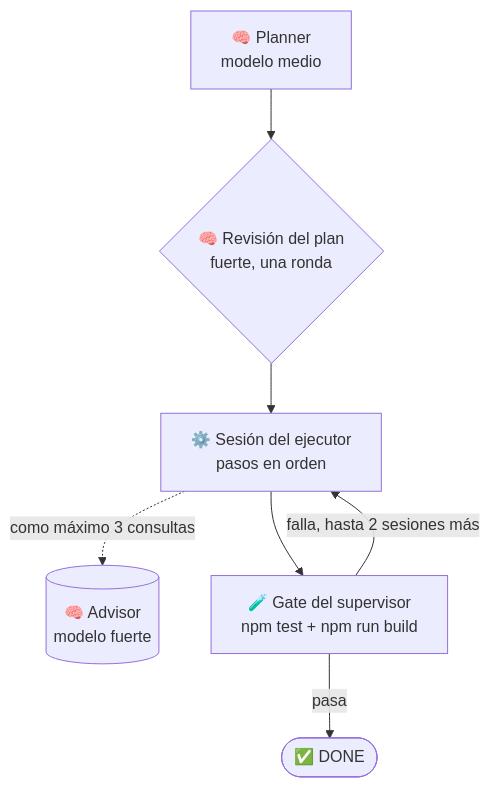
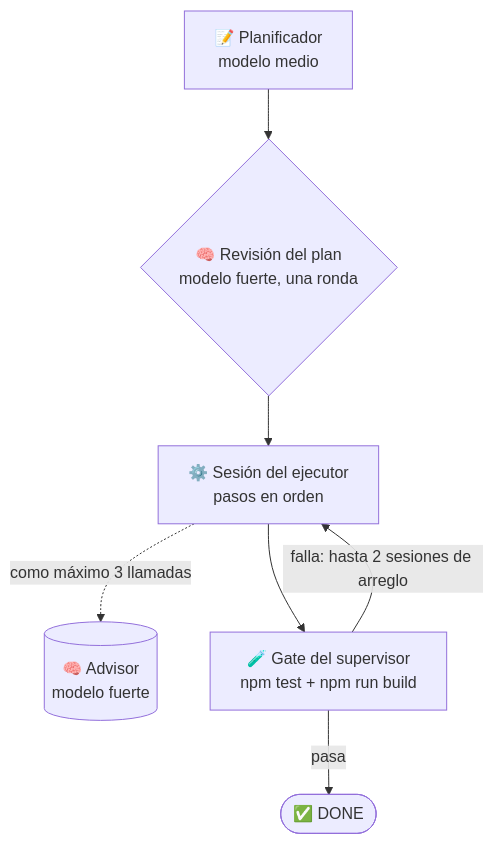
One commit to Dougladmo/graph-eng changed the diagram in README.es.md. Above: the diagram before and after it, drawn with Mermaid. The commit also changed other lines of this file and 488 other files, not shown here.

First line of the commit message:
feat!: advisor como fluxo único do graph-eng (1.3.0)

````diff
--- a/README.es.md
+++ b/README.es.md
@@ -185,9 +93,9 @@
 ```mermaid
 flowchart TD
-  P[🧠 Planner<br/>modelo medio] --> R{🧠 Revisión del plan<br/>fuerte, una ronda}
+  P[📝 Planificador<br/>modelo medio] --> R{🧠 Revisión del plan<br/>modelo fuerte, una ronda}
   R --> E[⚙️ Sesión del ejecutor<br/>pasos en orden]
-  E -. como máximo 3 consultas .-> A[(🧠 Advisor<br/>modelo fuerte)]
+  E -. como máximo 3 llamadas .-> A[(🧠 Advisor<br/>modelo fuerte)]
   E --> G[🧪 Gate del supervisor<br/>npm test + npm run build]
-  G -- falla, hasta 2 sesiones más --> E
+  G -- falla: hasta 2 sesiones de arreglo --> E
   G -- pasa --> D([✅ DONE])
 ```
````
